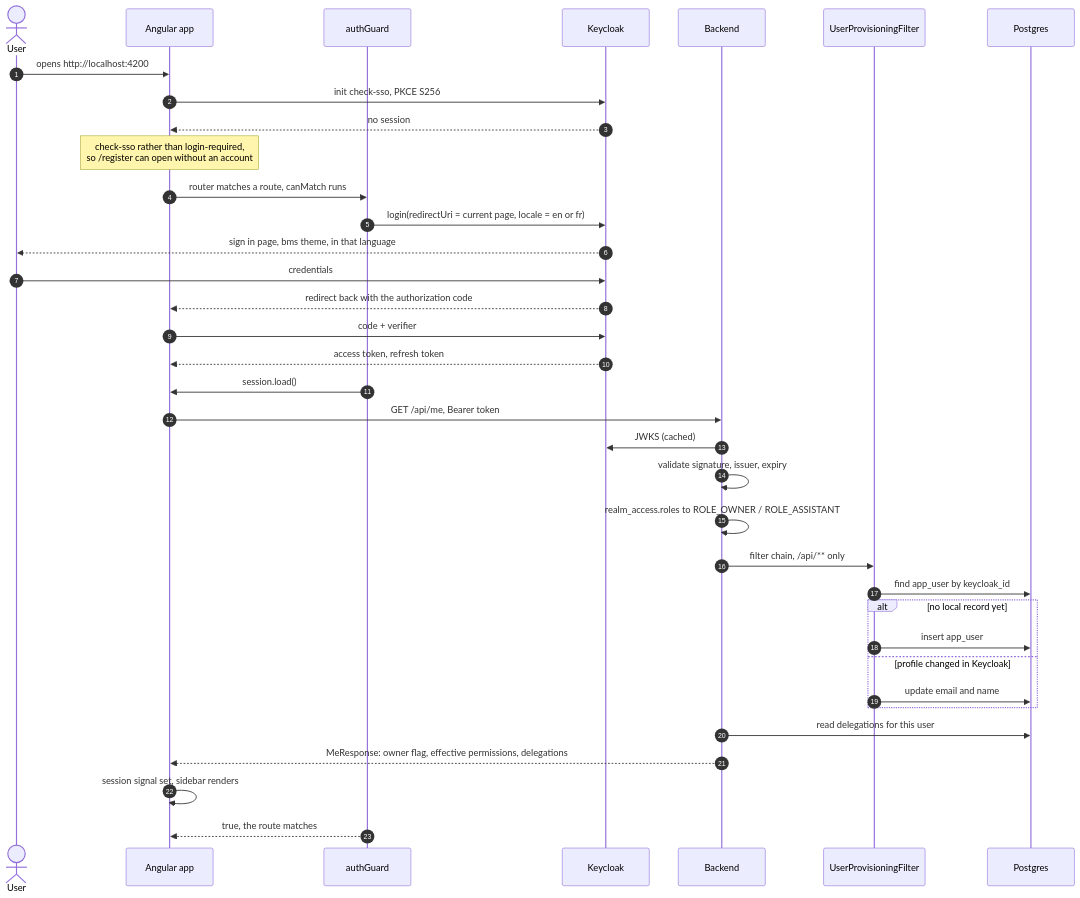
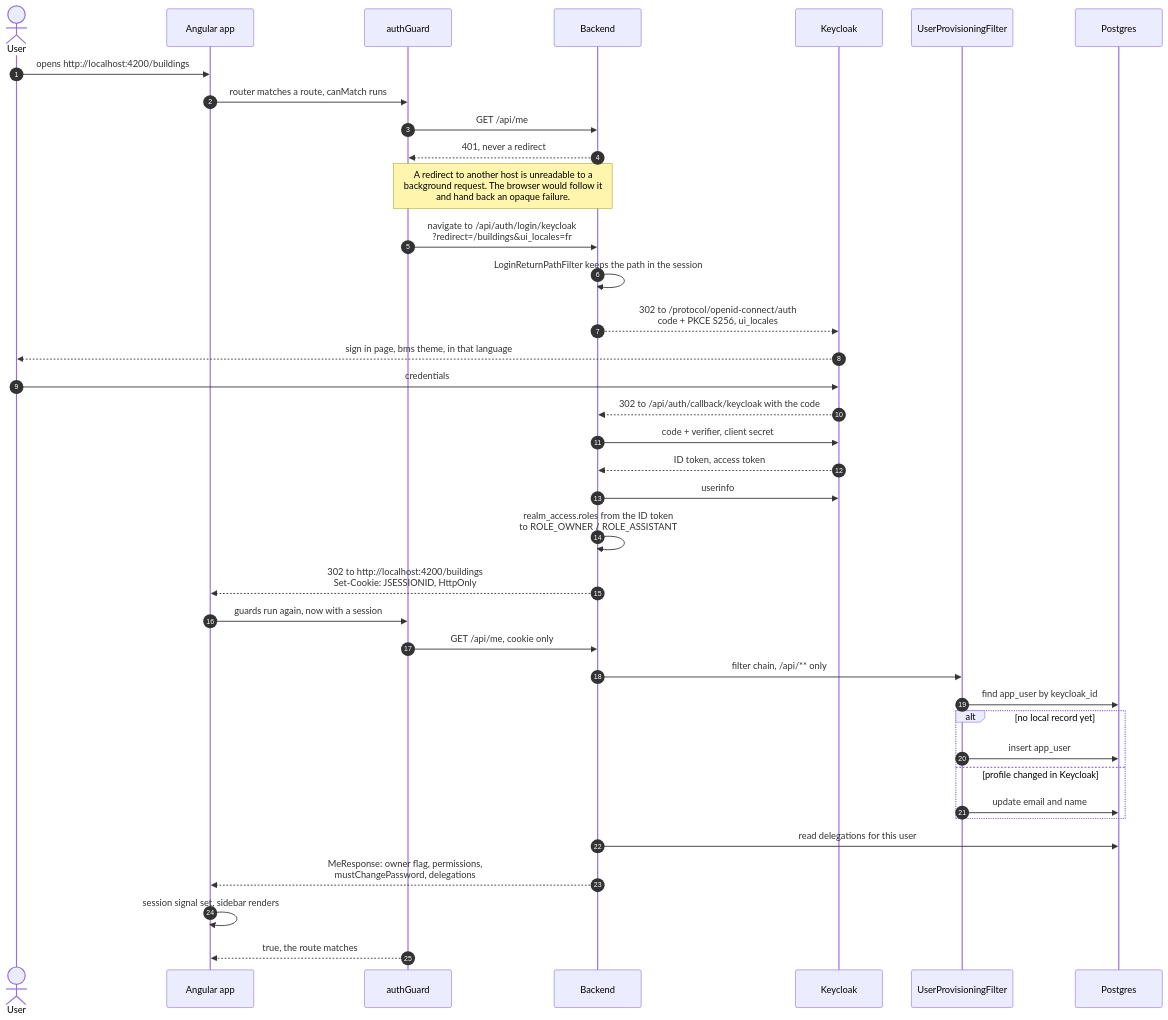
One commit to stephane-nganou/building-management-systems changed the eighth of 19 diagrams in docs/ARCHITECTURE_DIAGRAMS.md. Above: the diagram before and after it, drawn with Mermaid. The commit also changed other lines of this file and 58 other files, not shown here.

First line of the commit message:
BM-8: put Keycloak behind the backend

````diff
--- a/docs/ARCHITECTURE_DIAGRAMS.md
+++ b/docs/ARCHITECTURE_DIAGRAMS.md
@@ -672,39 +702,41 @@
 ```mermaid
 sequenceDiagram
     autonumber
     actor U as User
     participant B as Angular app
     participant G as authGuard
+    participant A as Backend
     participant K as Keycloak
-    participant A as Backend
     participant F as UserProvisioningFilter
     participant DB as Postgres
 
-    U->>B: opens http://localhost:4200
-    B->>K: init check-sso, PKCE S256
-    K-->>B: no session
-    Note over B: check-sso rather than login-required,<br/>so /register can open without an account
+    U->>B: opens http://localhost:4200/buildings
     B->>G: router matches a route, canMatch runs
-    G->>K: login(redirectUri = current page, locale = en or fr)
+    G->>A: GET /api/me
+    A-->>G: 401, never a redirect
+    Note over G,A: A redirect to another host is unreadable to a<br/>background request. The browser would follow it<br/>and hand back an opaque failure.
+    G->>A: navigate to /api/auth/login/keycloak<br/>?redirect=/buildings&ui_locales=fr
+    A->>A: LoginReturnPathFilter keeps the path in the session
+    A-->>K: 302 to /protocol/openid-connect/auth<br/>code + PKCE S256, ui_locales
     K-->>U: sign in page, bms theme, in that language
     U->>K: credentials
-    K-->>B: redirect back with the authorization code
-    B->>K: code + verifier
-    K-->>B: access token, refresh token
-    G->>B: session.load()
-    B->>A: GET /api/me, Bearer token
-    A->>K: JWKS (cached)
-    A->>A: validate signature, issuer, expiry
-    A->>A: realm_access.roles to ROLE_OWNER / ROLE_ASSISTANT
+    K-->>A: 302 to /api/auth/callback/keycloak with the code
+    A->>K: code + verifier, client secret
+    K-->>A: ID token, access token
+    A->>K: userinfo
+    A->>A: realm_access.roles from the ID token<br/>to ROLE_OWNER / ROLE_ASSISTANT
+    A-->>B: 302 to http://localhost:4200/buildings<br/>Set-Cookie: JSESSIONID, HttpOnly
+    B->>G: guards run again, now with a session
+    G->>A: GET /api/me, cookie only
     A->>F: filter chain, /api/** only
     F->>DB: find app_user by keycloak_id
     alt no local record yet
         F->>DB: insert app_user
     else profile changed in Keycloak
         F->>DB: update email and name
     end
     A->>DB: read delegations for this user
-    A-->>B: MeResponse: owner flag, effective permissions, delegations
+    A-->>B: MeResponse: owner flag, permissions,<br/>mustChangePassword, delegations
     B->>B: session signal set, sidebar renders
     G-->>B: true, the route matches
 ```
````
